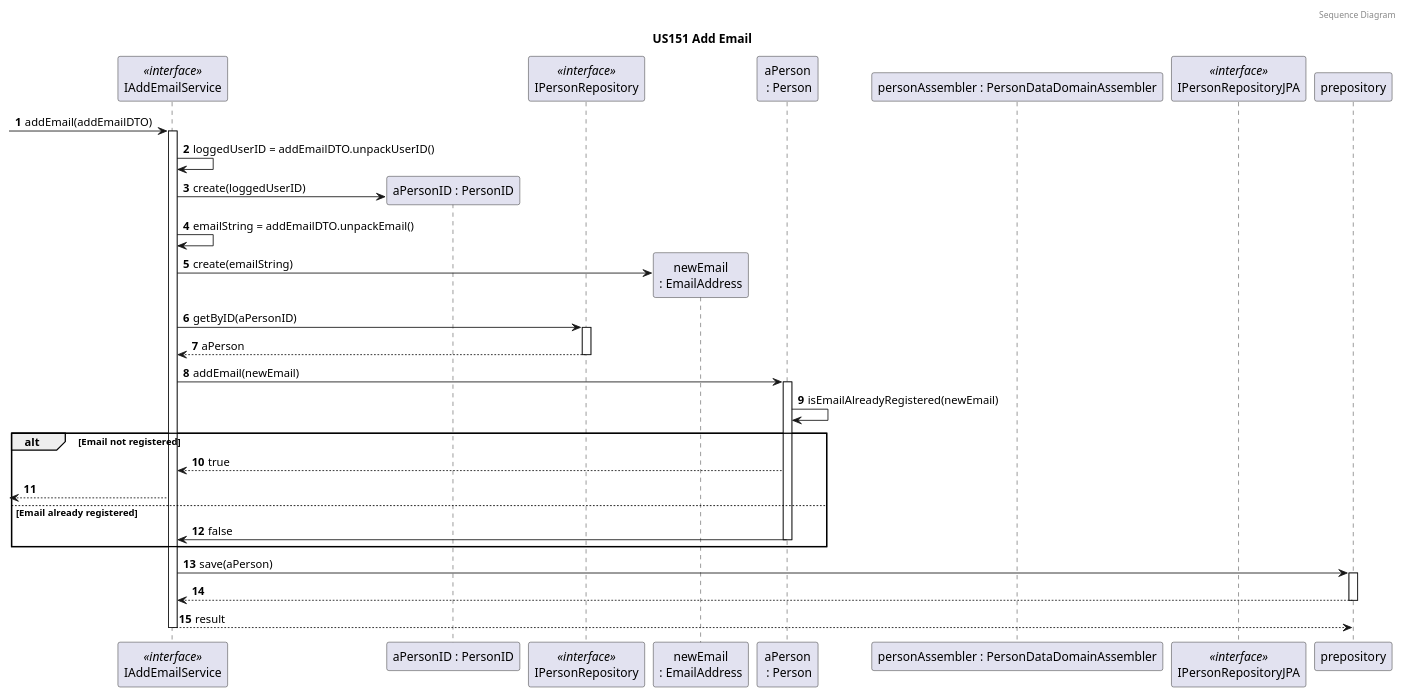
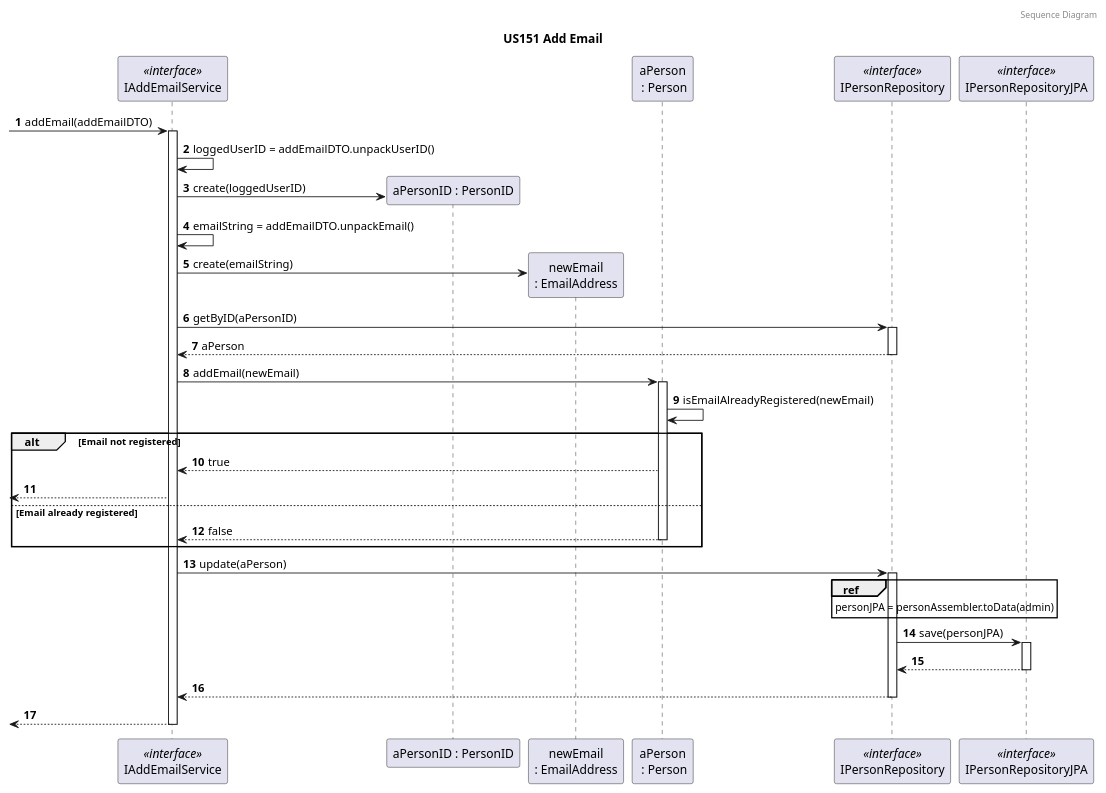
One commit to tomas-osswald/switch_2020_g3 changed the fourth of 4 diagrams in docs/sprint5/user_stories/US151_AddEmail.md. Above: the diagram before and after it, drawn with PlantUML.

Commit message:
updated SD for US151

`````diff
--- a/docs/sprint5/user_stories/US151_AddEmail.md
+++ b/docs/sprint5/user_stories/US151_AddEmail.md
@@ -209,55 +209,61 @@
 ````puml
 @startuml
 
 autonumber
 header Sequence Diagram
 title US151 Add Email
 
 
 participant "IAddEmailService" as service <<interface>>
 participant "aPersonID : PersonID" as personid
-participant "IPersonRepository" as personRepository <<interface>>
 participant "newEmail\n: EmailAddress" as email
 participant "aPerson\n : Person" as person
-participant "personAssembler : PersonDataDomainAssembler" as assembler
+participant "IPersonRepository" as personRepository <<interface>>
 participant "IPersonRepositoryJPA" as repoJPA <<interface>>
 
 -> service : addEmail(addEmailDTO)
 activate service
 
 service -> service : loggedUserID = addEmailDTO.unpackUserID()
 service -> personid** : create(loggedUserID)
 
 service -> service : emailString = addEmailDTO.unpackEmail()
 service -> email** : create(emailString)
 
 
 service -> personRepository : getByID(aPersonID)
 deactivate email
 activate personRepository
 return aPerson
 
 service -> person: addEmail(newEmail)
 activate person
 person -> person: isEmailAlreadyRegistered(newEmail)
 
 alt Email not registered
 
 person --> service: true
 <-- service:
 
 else Email already registered
 
-person -> service: false
+person --> service: false
 deactivate person
 
 end
 
-service -> prepository : save(aPerson)
-activate prepository
+service -> personRepository : update(aPerson)
+activate personRepository
+
+ref over personRepository
+personJPA = personAssembler.toData(admin)
+end ref
+personRepository -> repoJPA : save(personJPA)
+activate repoJPA
 return
+return
+<-- service
 
-return result
 deactivate service
 @enduml
 ````
`````
